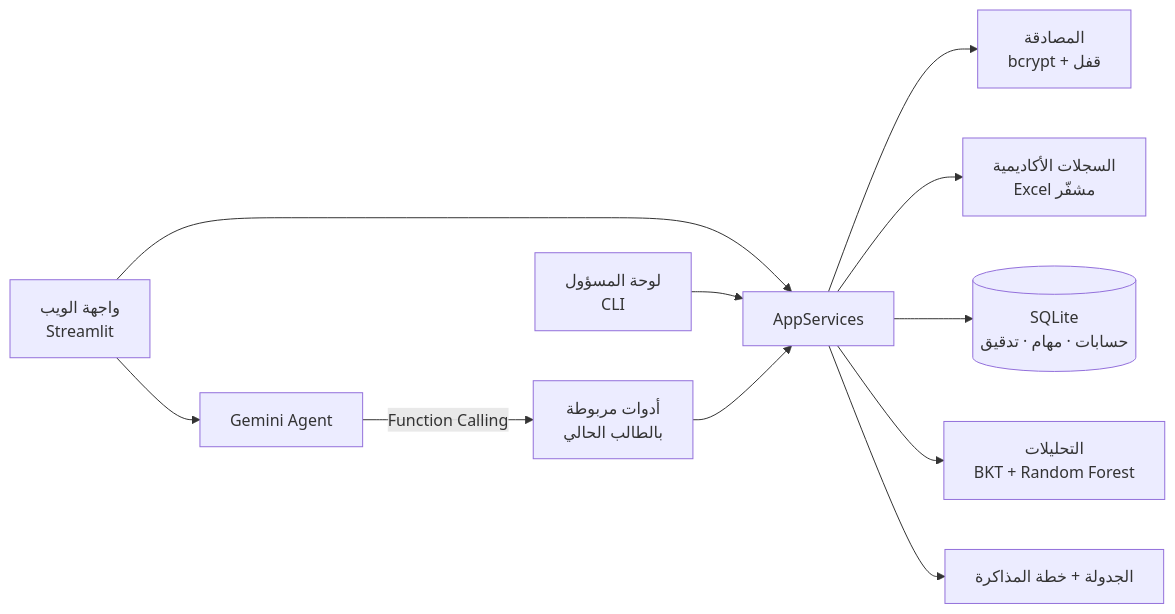
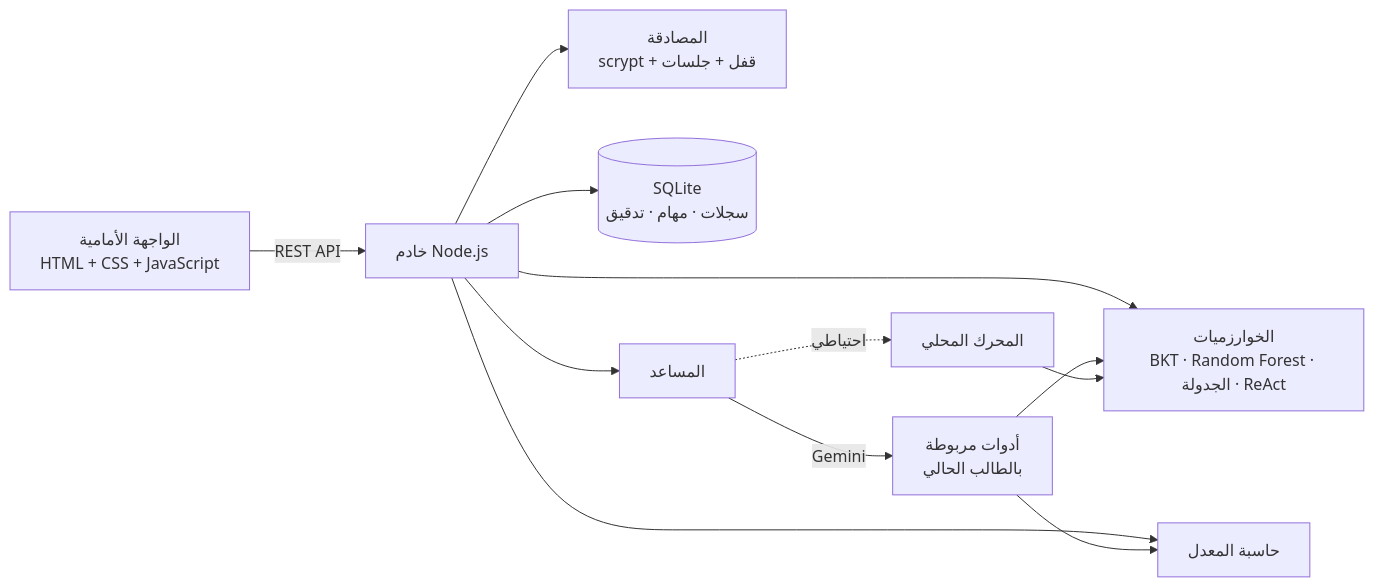
One commit to barvlk/AgentForStudent changed the diagram in README.md. Above: the diagram before and after it, drawn with Mermaid. The commit also changed other lines of this file and 5 other files, not shown here.

````diff
--- a/README.md
+++ b/README.md
@@ -45,13 +71,14 @@
 ```mermaid
 flowchart LR
-    UI["واجهة الويب<br/>Streamlit"] --> SVC
-    CLI["لوحة المسؤول<br/>CLI"] --> SVC
-    SVC["AppServices"] --> AUTH["المصادقة<br/>bcrypt + قفل"]
-    SVC --> REC["السجلات الأكاديمية<br/>Excel مشفّر"]
-    SVC --> DB[("SQLite<br/>حسابات · مهام · تدقيق")]
-    SVC --> AN["التحليلات<br/>BKT + Random Forest"]
-    SVC --> PLAN["الجدولة + خطة المذاكرة"]
-    UI --> LLM["Gemini Agent"]
-    LLM -- "Function Calling" --> TOOLS["أدوات مربوطة<br/>بالطالب الحالي"]
-    TOOLS --> SVC
+    FE["الواجهة الأمامية<br/>HTML + CSS + JavaScript"] -- "REST API" --> API["خادم Node.js"]
+    API --> AUTH["المصادقة<br/>scrypt + قفل + جلسات"]
+    API --> DB[("SQLite<br/>سجلات · مهام · تدقيق")]
+    API --> ML["الخوارزميات<br/>BKT · Random Forest · الجدولة · ReAct"]
+    API --> GPA["حاسبة المعدل"]
+    API --> CHAT["المساعد"]
+    CHAT -- "Gemini" --> TOOLS["أدوات مربوطة<br/>بالطالب الحالي"]
+    CHAT -. "احتياطي" .-> LOCAL["المحرك المحلي"]
+    TOOLS --> ML
+    TOOLS --> GPA
+    LOCAL --> ML
 ```
````
